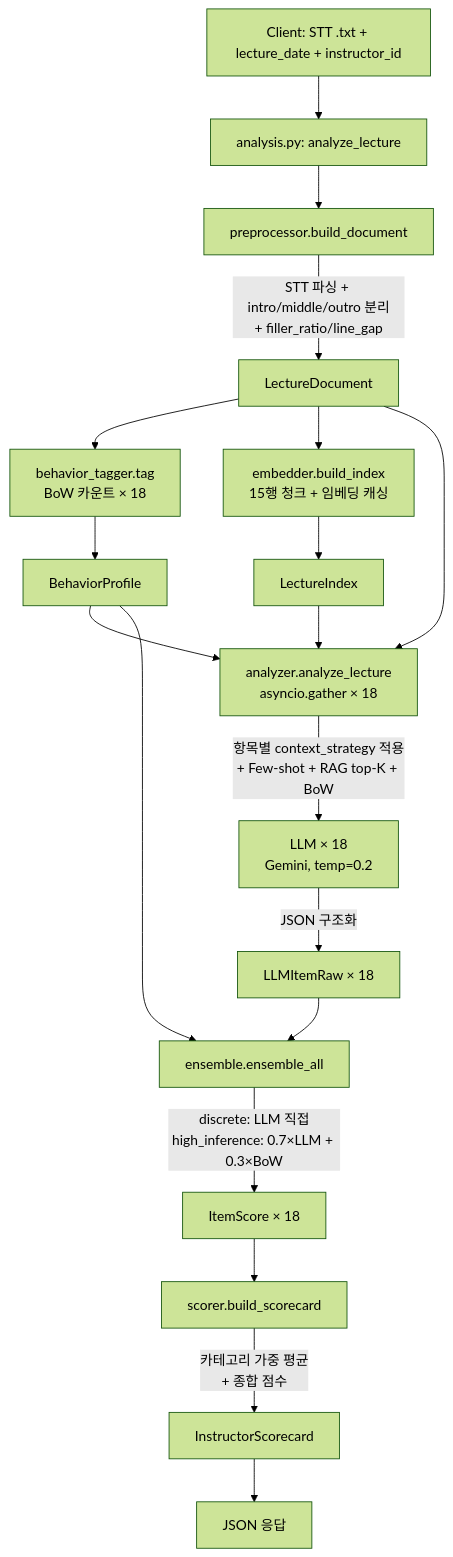
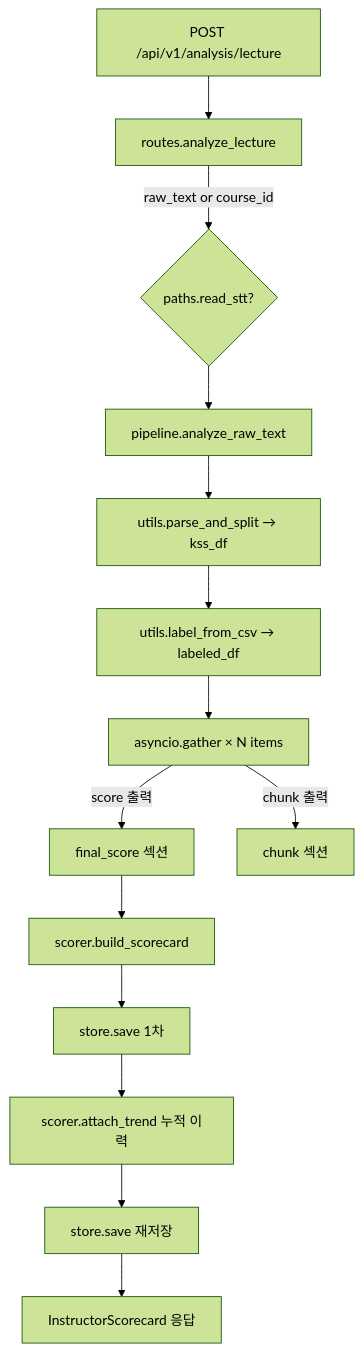
The first of 2 diagrams in README.md (LectureInsight-Lab/backend), drawn with Mermaid (forest theme) before and after one commit. The commit also changed other lines of this file and 9 other files, not shown here.

````diff
--- a/README.md
+++ b/README.md
@@ -175,27 +219,16 @@
 ```mermaid
 flowchart TD
-    A[Client: STT .txt + lecture_date + instructor_id] --> B[analysis.py: analyze_lecture]
-    B --> C[preprocessor.build_document]
-    C -->|STT 파싱 + intro/middle/outro 분리<br/>+ filler_ratio/line_gap| D[LectureDocument]
-
-    D --> E1[behavior_tagger.tag<br/>BoW 카운트 × 18]
-    D --> E2[embedder.build_index<br/>15행 청크 + 임베딩 캐싱]
-
-    E1 --> F[BehaviorProfile]
-    E2 --> G[LectureIndex]
-
-    F --> H[analyzer.analyze_lecture<br/>asyncio.gather × 18]
-    G --> H
-    D --> H
-
-    H -->|항목별 context_strategy 적용<br/>+ Few-shot + RAG top-K + BoW| I[LLM × 18<br/>Gemini, temp=0.2]
-    I -->|JSON 구조화| J[LLMItemRaw × 18]
-
-    J --> K[ensemble.ensemble_all]
-    F --> K
-    K -->|discrete: LLM 직접<br/>high_inference: 0.7×LLM + 0.3×BoW| L[ItemScore × 18]
-
-    L --> M[scorer.build_scorecard]
-    M -->|카테고리 가중 평균<br/>+ 종합 점수| N[InstructorScorecard]
-    N --> O[JSON 응답]
+    A[POST /api/v1/analysis/lecture] --> B[routes.analyze_lecture]
+    B -->|raw_text or course_id| C{paths.read_stt?}
+    C --> D[pipeline.analyze_raw_text]
+    D --> D1[utils.parse_and_split → kss_df]
+    D1 --> D2[utils.label_from_csv → labeled_df]
+    D2 --> D3[asyncio.gather × N items]
+    D3 -->|score 출력| E1[final_score 섹션]
+    D3 -->|chunk 출력| E2[chunk 섹션]
+    E1 --> F[scorer.build_scorecard]
+    F --> G[store.save 1차]
+    G --> H[scorer.attach_trend 누적 이력]
+    H --> I[store.save 재저장]
+    I --> J[InstructorScorecard 응답]
 ```
````
